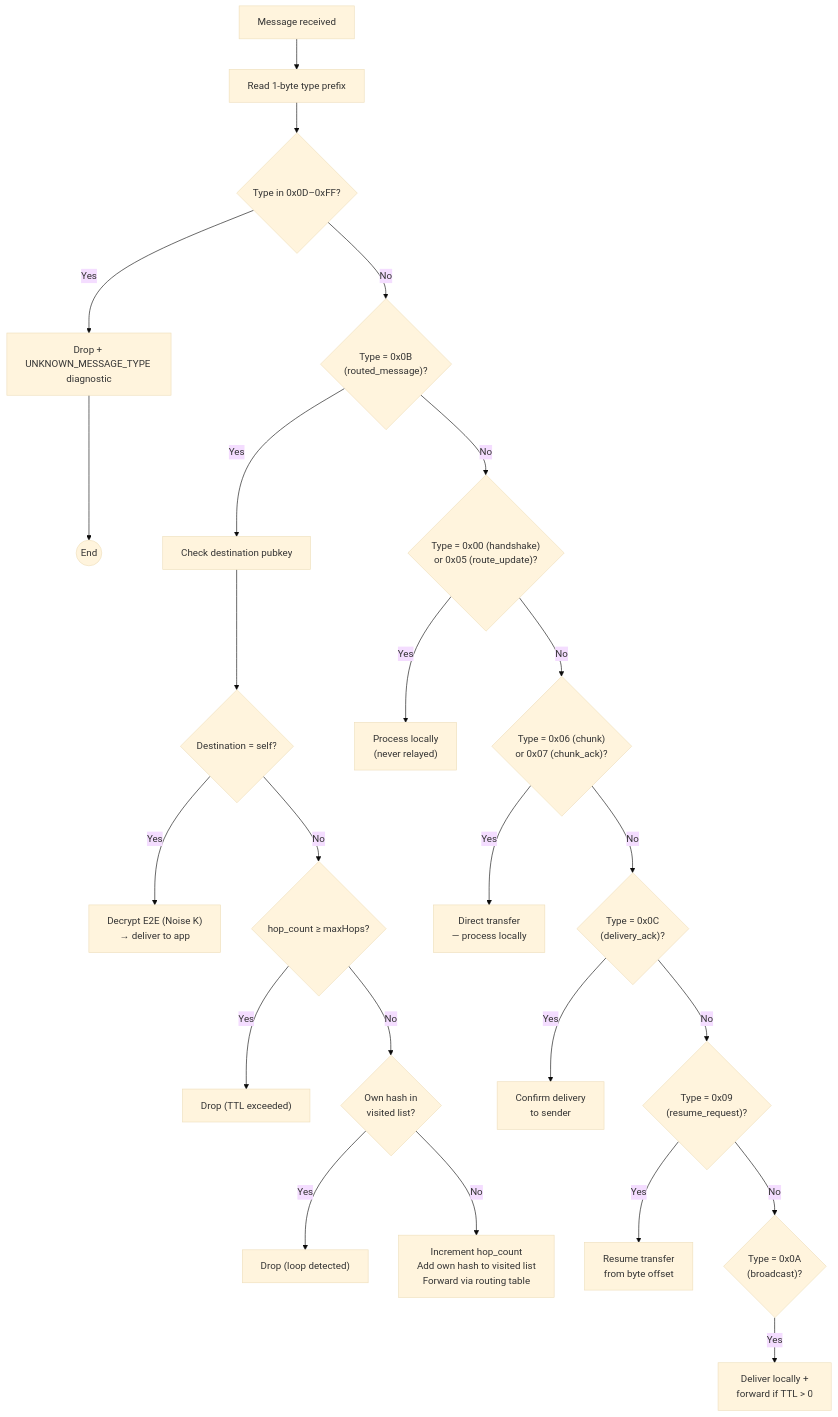
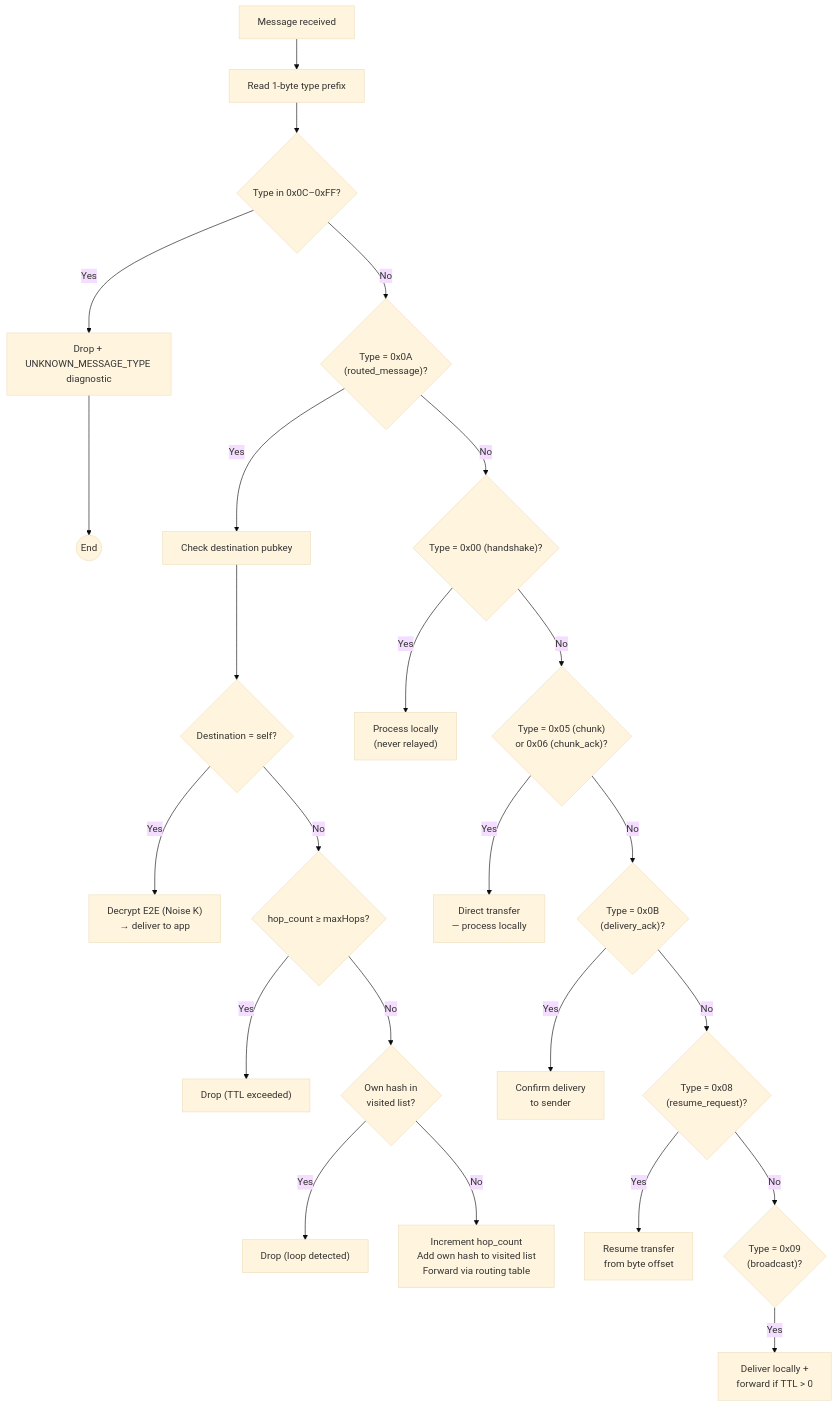
Before and after one commit to trancee/MeshLink: the first of 17 diagrams in docs/design.md, drawn with Mermaid (base theme). The commit also changed other lines of this file and 27 other files, not shown here.

````diff
--- a/docs/design.md
+++ b/docs/design.md
@@ -107,34 +107,34 @@
 ```mermaid
 flowchart TD
     Start["Message received"] --> ReadType["Read 1-byte type prefix"]
 
-    ReadType --> ReservedCheck{"Type in 0x0D–0xFF?"}
+    ReadType --> ReservedCheck{"Type in 0x0C–0xFF?"}
     ReservedCheck -- Yes --> DropUnknown["Drop + UNKNOWN_MESSAGE_TYPE diagnostic"]
     DropUnknown --> End1(("End"))
 
-    ReservedCheck -- No --> IsRouted{"Type = 0x0B\n(routed_message)?"}
+    ReservedCheck -- No --> IsRouted{"Type = 0x0A\n(routed_message)?"}
 
     IsRouted -- Yes --> CheckDest["Check destination pubkey"]
     CheckDest --> IsSelf{"Destination = self?"}
     IsSelf -- Yes --> DecryptE2E["Decrypt E2E (Noise K)\n→ deliver to app"]
     IsSelf -- No --> CheckHops{"hop_count ≥ maxHops?"}
     CheckHops -- Yes --> DropTTL["Drop (TTL exceeded)"]
     CheckHops -- No --> CheckLoop{"Own hash in\nvisited list?"}
     CheckLoop -- Yes --> DropLoop["Drop (loop detected)"]
     CheckLoop -- No --> Forward["Increment hop_count\nAdd own hash to visited list\nForward via routing table"]
 
-    IsRouted -- No --> IsHandshakeControl{"Type = 0x00 (handshake)\nor 0x05 (route_update)?"}
+    IsRouted -- No --> IsHandshakeControl{"Type = 0x00 (handshake)?"}
     IsHandshakeControl -- Yes --> ProcessLocal["Process locally\n(never relayed)"]
 
-    IsHandshakeControl -- No --> IsChunk{"Type = 0x06 (chunk)\nor 0x07 (chunk_ack)?"}
+    IsHandshakeControl -- No --> IsChunk{"Type = 0x05 (chunk)\nor 0x06 (chunk_ack)?"}
     IsChunk -- Yes --> DirectTransfer["Direct transfer\n— process locally"]
 
-    IsChunk -- No --> IsDeliveryAck{"Type = 0x0C\n(delivery_ack)?"}
+    IsChunk -- No --> IsDeliveryAck{"Type = 0x0B\n(delivery_ack)?"}
     IsDeliveryAck -- Yes --> ConfirmDelivery["Confirm delivery\nto sender"]
 
-    IsDeliveryAck -- No --> IsResume{"Type = 0x09\n(resume_request)?"}
+    IsDeliveryAck -- No --> IsResume{"Type = 0x08\n(resume_request)?"}
     IsResume -- Yes --> ResumeTransfer["Resume transfer\nfrom byte offset"]
 
-    IsResume -- No --> IsBroadcast{"Type = 0x0A\n(broadcast)?"}
+    IsResume -- No --> IsBroadcast{"Type = 0x09\n(broadcast)?"}
     IsBroadcast -- Yes --> Broadcast["Deliver locally +\nforward if TTL > 0"]
 ```
````
